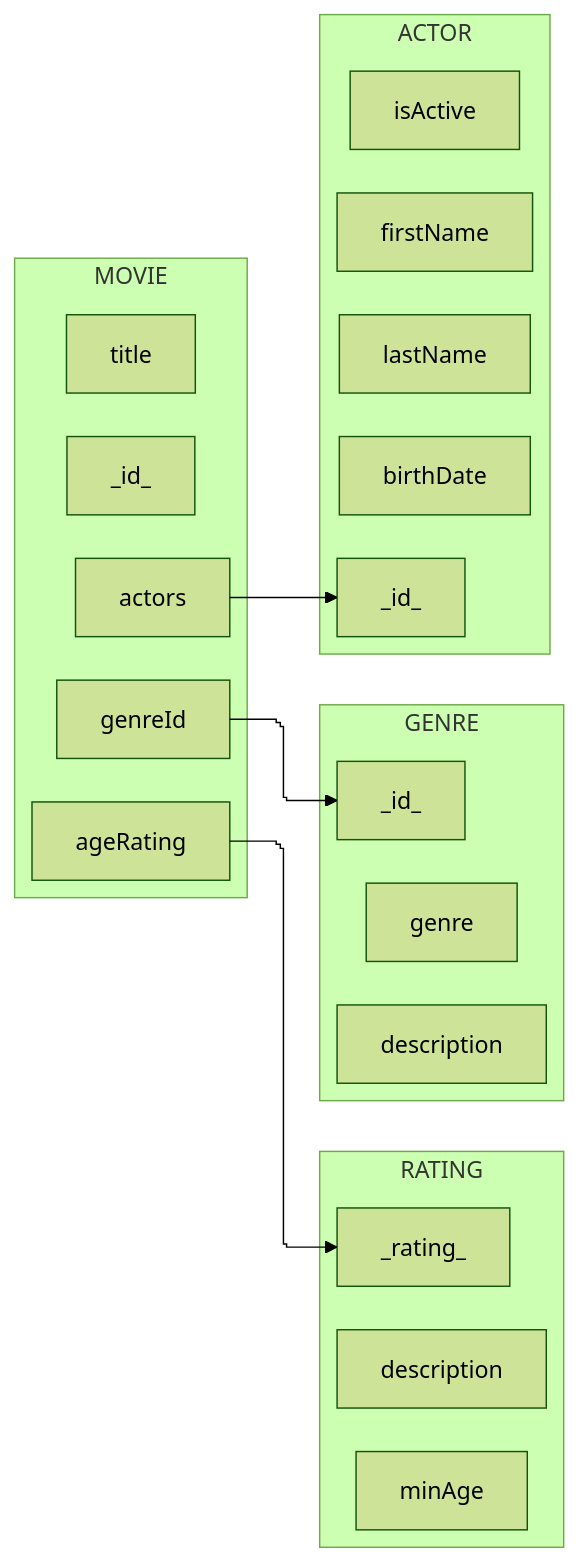
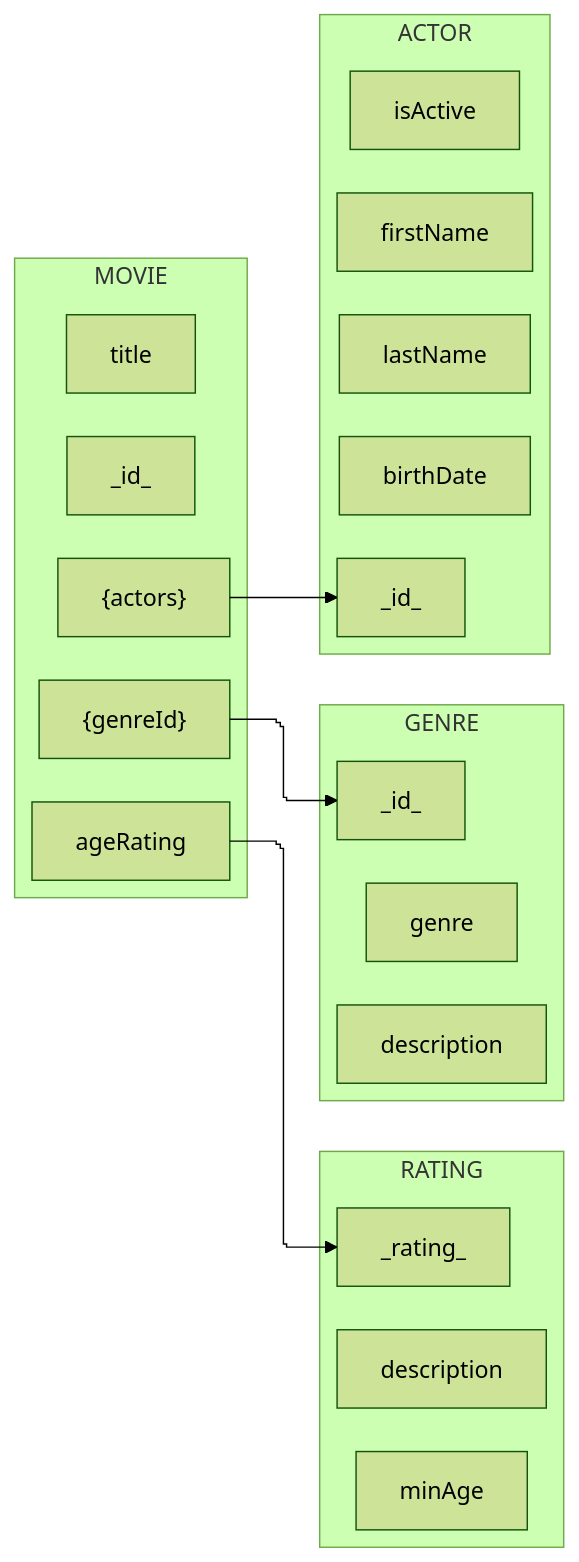
One commit to tnichols217/notes changed the second of 6 diagrams in CSDS 341 - Intro to Databases/HW/1/Tables.md. Above: the diagram before and after it, drawn with Mermaid (forest theme). The commit also changed other lines of this file and 7 other files, not shown here.

````diff
--- a/CSDS 341 - Intro to Databases/HW/1/Tables.md
+++ b/CSDS 341 - Intro to Databases/HW/1/Tables.md
@@ -53,32 +53,32 @@
 ```mermaid
 %%{ init: { 'flowchart': { 'curve': 'stepBefore', "defaultRenderer": "elk" } } }%%
 flowchart LR
 
 subgraph MOVIE
 movId[_id_]
 movTitle[title]
 movAgeRating[ageRating]
-movGenreId[genreId]
-movActors[actors]
+movGenreId["{genreId}"]
+movActors["{actors}"]
 end
 subgraph RATING
 ratingRating[_rating_]
 ratingDescription[description]
 ratingMinAge[minAge]
 end
 subgraph GENRE
 genreId[_id_]
 genreGenre[genre]
 genreDescription[description]
 end
 subgraph ACTOR
 actorId[_id_]
 actorFirstName[firstName]
 actorLastName[lastName]
 actorIsActive[isActive]
 actorBirthDate[birthDate]
 end
 movAgeRating --> ratingRating
 movGenreId --> genreId
 movActors --> actorId
 ```
````
